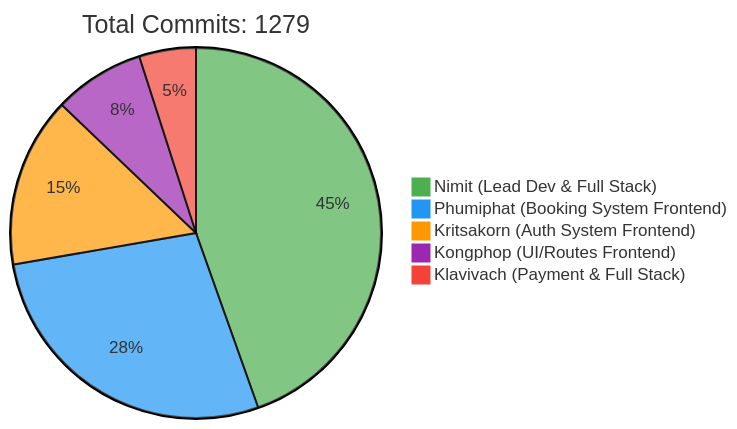
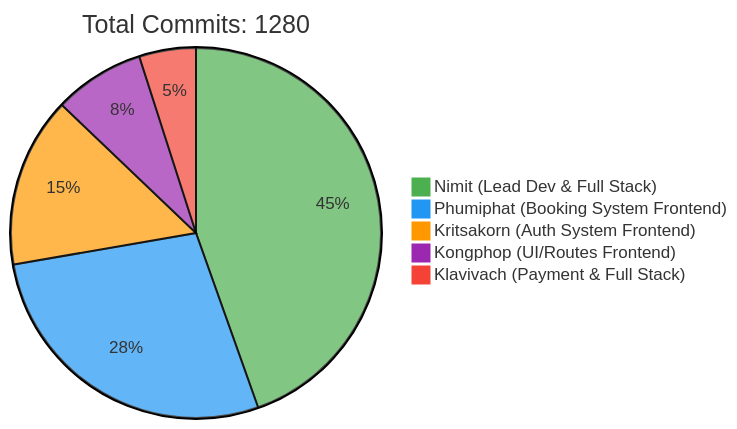
Before and after one commit to 6531503042/Sport-Complex: the first of 2 diagrams in README.md, drawn with Mermaid. The commit also changed other lines of this file, not shown here.

Commit message:
docs: Update contributor statistics [skip ci]

````diff
--- a/README.md
+++ b/README.md
@@ -257,10 +257,10 @@
 ```mermaid
 %%{init: {'theme': 'base', 'themeVariables': { 'pie1': '#4CAF50', 'pie2': '#2196F3', 'pie3': '#FF9800', 'pie4': '#9C27B0', 'pie5': '#F44336'}}}%%
 pie
-    title Total Commits: 1279
+    title Total Commits: 1280
     "Nimit (Lead Dev & Full Stack)" : 450
     "Phumiphat (Booking System Frontend)" : 280
     "Kritsakorn (Auth System Frontend)" : 150
     "Kongphop (UI/Routes Frontend)" : 80
     "Klavivach (Payment & Full Stack)" : 50
 ```
````
